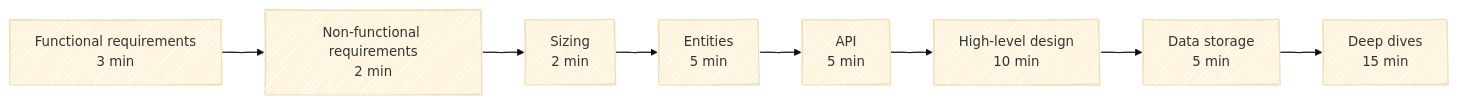
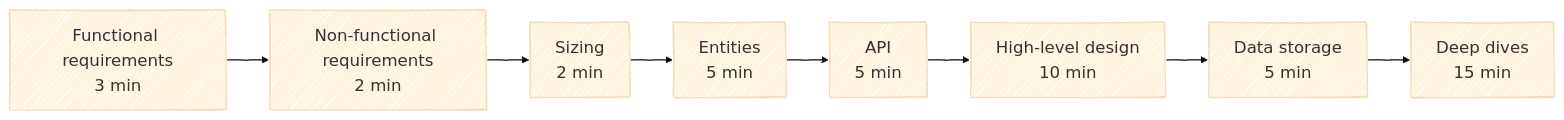
One commit to zizitop13/mock-interview-club-public changed the second of 2 diagrams in labs/design/inventory-reservations.md. Above: the diagram before and after it, drawn with Mermaid. The commit also changed other lines of this file and 3 other files, not shown here.

````diff
--- a/labs/design/inventory-reservations.md
+++ b/labs/design/inventory-reservations.md
@@ -25,11 +38,11 @@
 ```mermaid
-%%{init: {"look": "handDrawn", "theme": "base"}}%%
+%%{init: {"look": "handDrawn", "theme": "base", "themeVariables": {"fontSize": "20px"}}}%%
 flowchart LR
     FR["Functional requirements<br/>3 min"] --> NFR["Non-functional requirements<br/>2 min"]
     NFR --> Size["Sizing<br/>2 min"]
     Size --> Entities["Entities<br/>5 min"]
     Entities --> API["API<br/>5 min"]
     API --> HLD["High-level design<br/>10 min"]
     HLD --> Storage["Data storage<br/>5 min"]
     Storage --> Deep["Deep dives<br/>15 min"]
 ```
````
